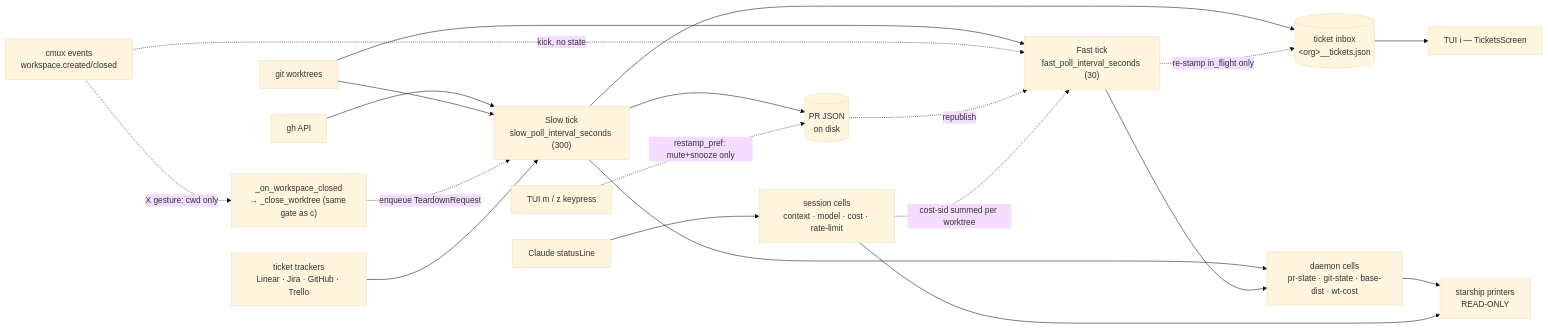
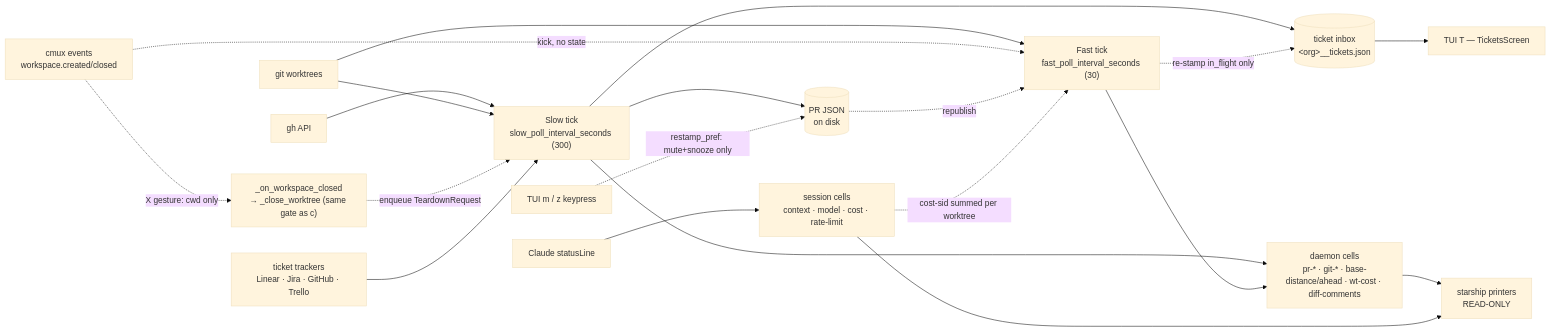
Before and after one commit to khivi/cockpit: the fifth of 5 diagrams in docs/state-machine.md, drawn with Mermaid (base theme). The commit also changed other lines of this file and 2 other files, not shown here.

````diff
--- a/docs/state-machine.md
+++ b/docs/state-machine.md
@@ -476,27 +504,27 @@
 ```mermaid
 flowchart LR
   GH["gh API"] --> SLOW["Slow tick<br/>slow_poll_interval_seconds (300)"]
   GIT["git worktrees"] --> SLOW
   GIT --> FAST["Fast tick<br/>fast_poll_interval_seconds (30)"]
   EV["cmux events<br/>workspace.created/closed"] -.kick, no state.-> FAST
   EV -.X gesture: cwd only.-> XCLOSE["_on_workspace_closed<br/>→ _close_worktree (same gate as c)"]
   XCLOSE -.enqueue TeardownRequest.-> SLOW
 
   SLOW --> DISK[("PR JSON<br/>on disk")]
   DISK -.republish.-> FAST
   KEY["TUI m / z keypress"] -.restamp_pref: mute+snooze only.-> DISK
 
   TRK["ticket trackers<br/>Linear · Jira · GitHub · Trello"] --> SLOW
   SLOW --> INBOX[("ticket inbox<br/>&lt;org&gt;__tickets.json")]
   FAST -.re-stamp in_flight only.-> INBOX
-  INBOX --> IKEY["TUI i — TicketsScreen"]
+  INBOX --> IKEY["TUI T — TicketsScreen"]
 
-  SLOW --> CELLS["daemon cells<br/>pr-state · git-state · base-dist · wt-cost"]
+  SLOW --> CELLS["daemon cells<br/>pr-* · git-* · base-distance/ahead · wt-cost · diff-comments"]
   FAST --> CELLS
 
   STDIN["Claude statusLine"] --> SESS["session cells<br/>context · model · cost · rate-limit"]
   SESS -.cost-sid summed per worktree.-> FAST
 
   CELLS --> RENDER["starship printers<br/>READ-ONLY"]
   SESS --> RENDER
 ```
````
